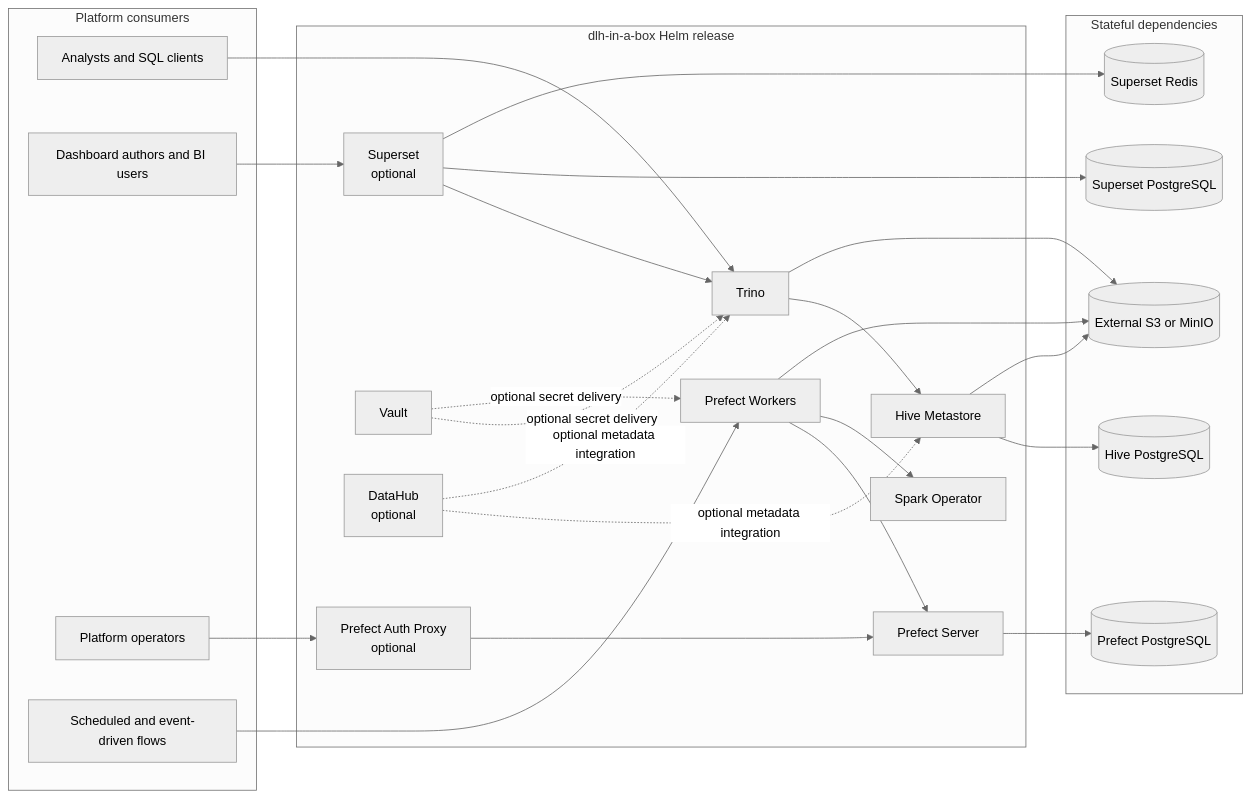
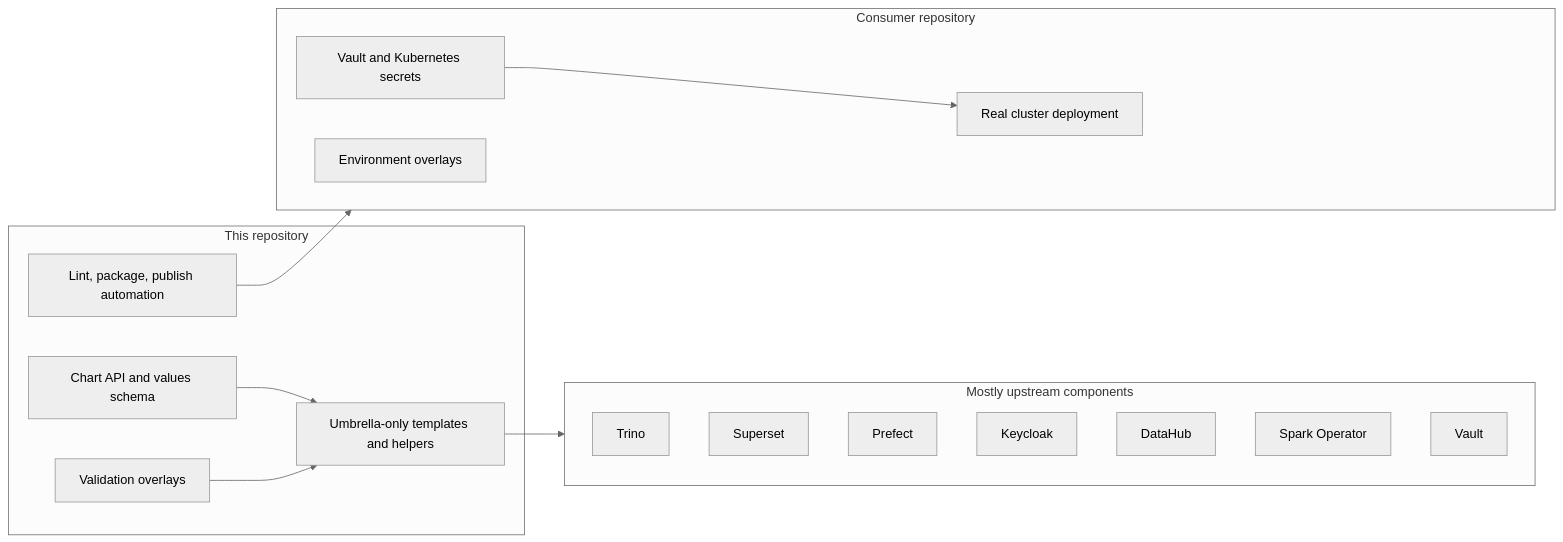
The diagram in README.md (sanger-pathogens/dlh-in-a-box-umbrella-helm-chart), drawn with Mermaid (neutral theme) before and after one commit. The commit also changed other lines of this file and 54 other files, not shown here.

````diff
--- a/README.md
+++ b/README.md
@@ -40,50 +38,31 @@
 ```mermaid
 flowchart LR
-  subgraph Consumers[Platform consumers]
-    Analysts[Analysts and SQL clients]
-    BIUsers[Dashboard authors and BI users]
-    Operators[Platform operators]
-    Flows[Scheduled and event-driven flows]
+  subgraph ThisRepo[This repository]
+    API[Chart API and values schema]
+    Glue[Umbrella-only templates and helpers]
+    Examples[Validation overlays]
+    Release[Lint, package, publish automation]
   end
 
-  subgraph Release[dlh-in-a-box Helm release]
+  subgraph Upstream[Mostly upstream components]
     Trino[Trino]
-    Superset[Superset<br/>optional]
-    Prefect[Prefect Server]
-    PrefectProxy[Prefect Auth Proxy<br/>optional]
-    Worker[Prefect Workers]
+    Superset[Superset]
+    Prefect[Prefect]
+    Keycloak[Keycloak]
+    DataHub[DataHub]
     Spark[Spark Operator]
-    Hive[Hive Metastore]
     Vault[Vault]
-    DataHub[DataHub<br/>optional]
   end
 
-  subgraph State[Stateful dependencies]
-    ObjectStore[(External S3 or MinIO)]
-    HivePg[(Hive PostgreSQL)]
-    PrefectPg[(Prefect PostgreSQL)]
-    SupersetPg[(Superset PostgreSQL)]
-    Redis[(Superset Redis)]
+  subgraph Downstream[Consumer repository]
+    Infra[Environment overlays]
+    Secrets[Vault and Kubernetes secrets]
+    Cluster[Real cluster deployment]
   end
 
-  Analysts --> Trino
-  BIUsers --> Superset
-  Operators --> PrefectProxy
-  PrefectProxy --> Prefect
-  Flows --> Worker
-  Worker --> Prefect
-  Worker --> Spark
-  Worker --> ObjectStore
-  Trino --> Hive
-  Trino --> ObjectStore
-  Superset --> Trino
-  Superset --> SupersetPg
-  Superset --> Redis
-  Hive --> HivePg
-  Hive --> ObjectStore
-  Prefect --> PrefectPg
-  Vault -. optional secret delivery .-> Trino
-  Vault -. optional secret delivery .-> Worker
-  DataHub -. optional metadata integration .-> Hive
-  DataHub -. optional metadata integration .-> Trino
+  API --> Glue --> Upstream
+  Examples --> Glue
+  Release --> Downstream
+  Downstream --> Cluster
+  Secrets --> Cluster
 ```
````
